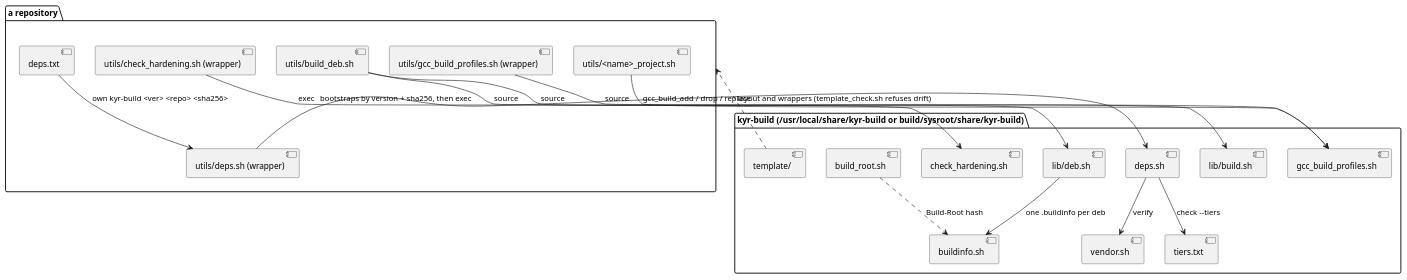
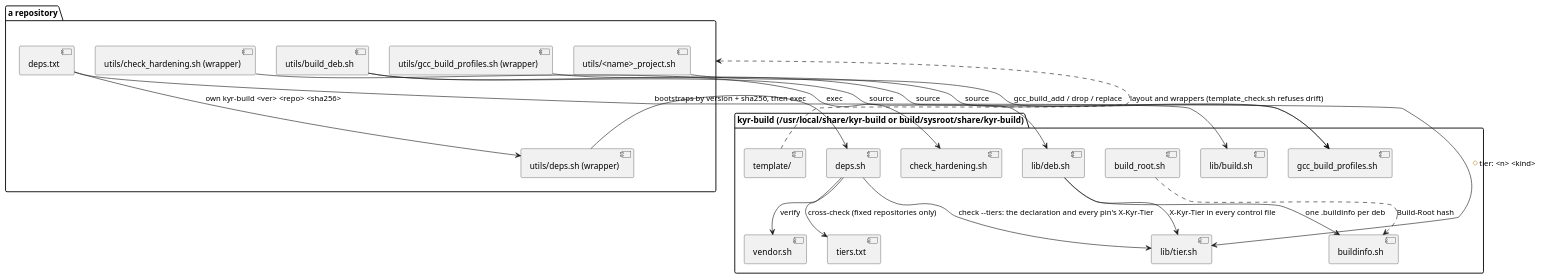
Before and after one commit to RomanHorshkov/kyr_build: the diagram in docs/diagrams/kyr_build_components.puml, drawn with PlantUML. The commit also changed 14 other files, not shown here.

```diff
--- a/docs/diagrams/kyr_build_components.puml
+++ b/docs/diagrams/kyr_build_components.puml
@@ -1,35 +1,39 @@
 @startuml
 ' claim: kyr-build is one package every repository pins; nothing in it is copied into a repository
 package "kyr-build (/usr/local/share/kyr-build or build/sysroot/share/kyr-build)" {
   [gcc_build_profiles.sh] as catalog
   [check_hardening.sh] as gate
   [deps.sh] as deps
   [vendor.sh] as vendor
   [lib/deb.sh] as deblib
   [lib/build.sh] as buildlib
   [buildinfo.sh] as buildinfo
   [build_root.sh] as root
   [tiers.txt] as tiers
+  [lib/tier.sh] as tierlib
   [template/] as template
 }
 package "a repository" {
   [utils/deps.sh (wrapper)] as wdeps
   [utils/gcc_build_profiles.sh (wrapper)] as wcat
   [utils/check_hardening.sh (wrapper)] as wgate
   [utils/build_deb.sh] as bdeb
   [utils/<name>_project.sh] as project
   [deps.txt] as depstxt
 }
 wdeps --> deps : bootstraps by version + sha256, then exec
 wcat --> catalog : source
 wgate --> gate : exec
 bdeb --> deblib : source
 bdeb --> buildlib : source
 deblib --> buildinfo : one .buildinfo per deb
-deps --> tiers : check --tiers
+deps --> tierlib : check --tiers: the declaration and every pin's X-Kyr-Tier
+deps --> tiers : cross-check (fixed repositories only)
+deblib --> tierlib : X-Kyr-Tier in every control file
 deps --> vendor : verify
 depstxt --> wdeps : own kyr-build <ver> <repo> <sha256>
+depstxt --> tierlib : # tier: <n> <kind>
 project --> catalog : gcc_build_add / drop / replace
 template ..> "a repository" : layout and wrappers (template_check.sh refuses drift)
 root ..> buildinfo : Build-Root hash
 @enduml
```
